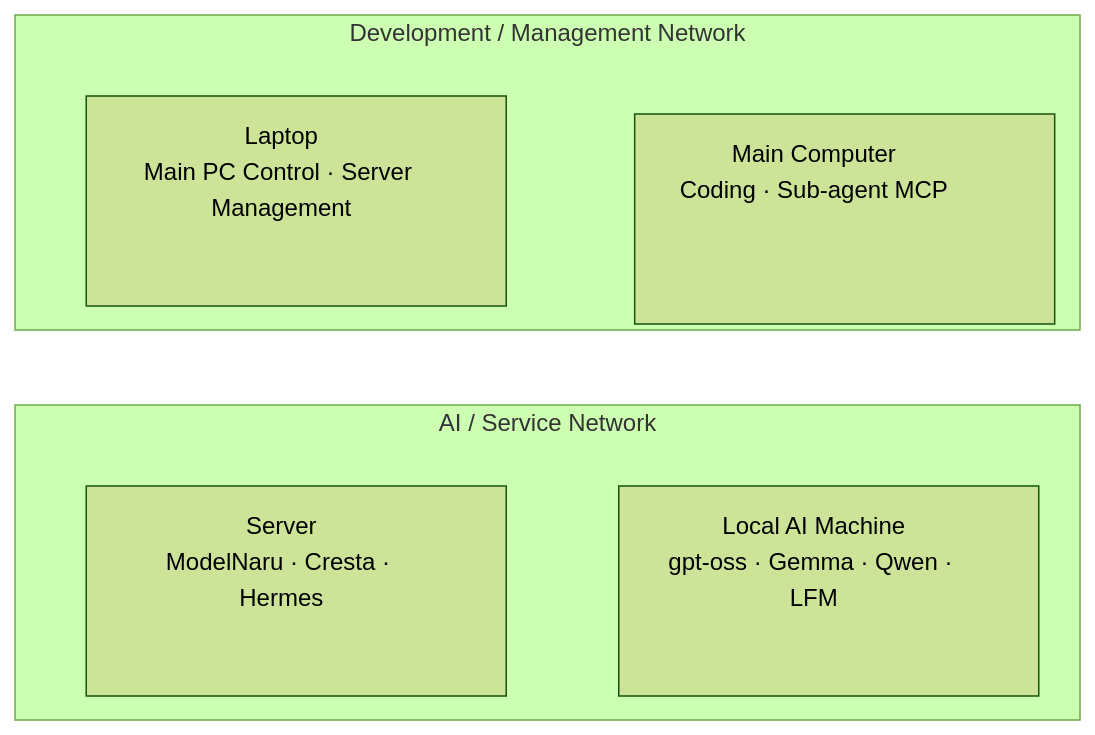
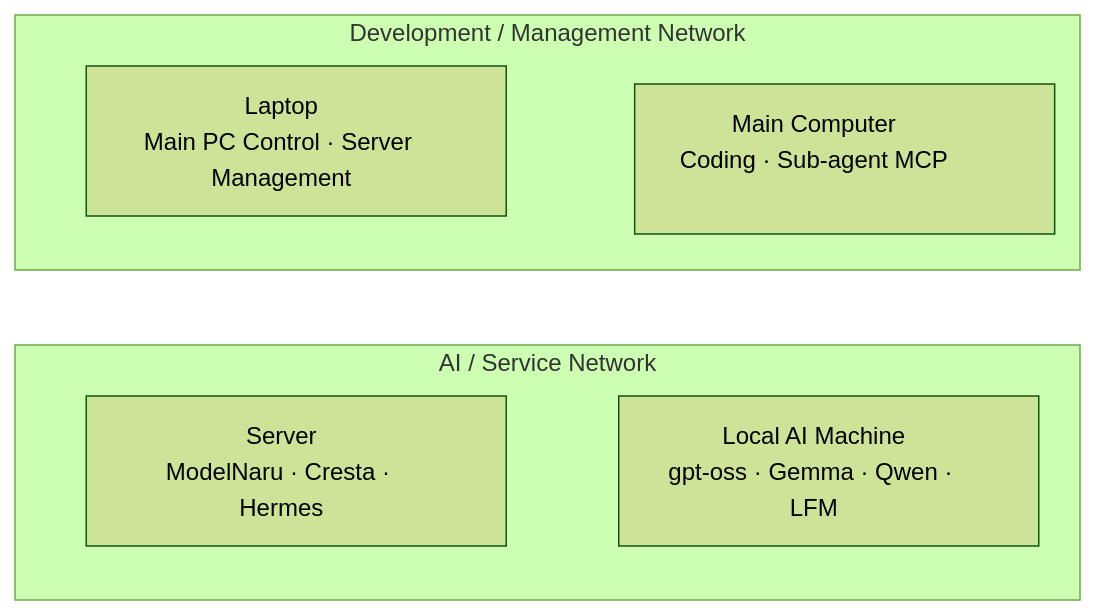
Before and after one commit to totjae/portfolio: the diagram in README.md, drawn with Mermaid (forest theme).

````diff
--- a/README.md
+++ b/README.md
@@ -33,19 +33,19 @@
 ```mermaid
 flowchart LR
     subgraph NET_A["AI / Service Network"]
         direction LR
         SERVER["Server<br/>ModelNaru · Cresta · Hermes"]
         LOCAL_AI["Local AI Machine<br/>gpt-oss · Gemma · Qwen · LFM"]
         SERVER ~~~ LOCAL_AI
     end
 
     subgraph NET_B["Development / Management Network"]
         direction LR
         LAPTOP["Laptop<br/>Main PC Control · Server Management"]
         MAIN_PC["Main Computer<br/>Coding · Sub-agent MCP"]
         LAPTOP ~~~ MAIN_PC
     end
 
-    classDef device width:280px,height:140px;
+    classDef device width:280px,height:100px;
     class SERVER,LOCAL_AI,LAPTOP,MAIN_PC device;
 ```
````
